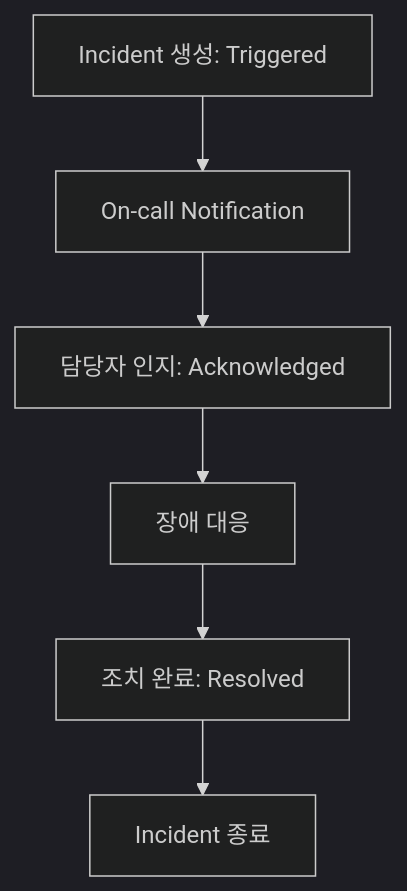
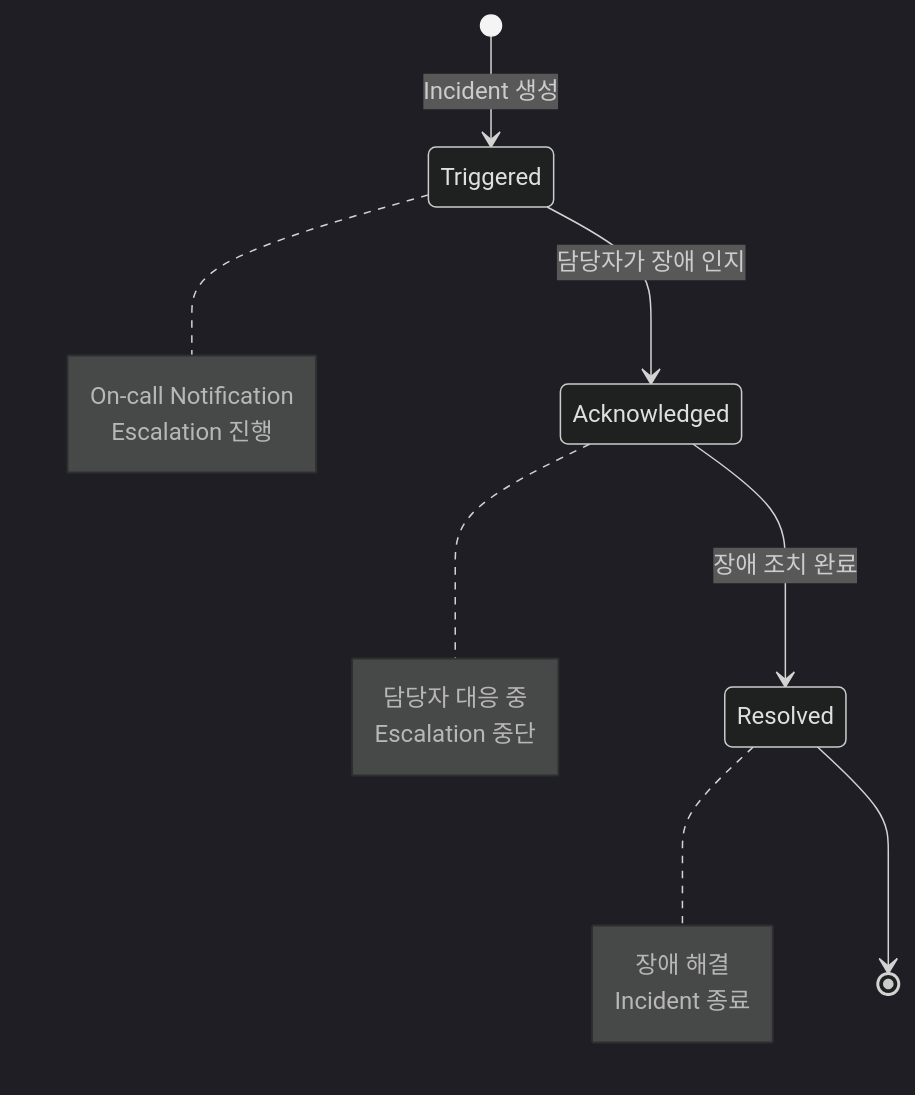
Before and after one commit to sanghoon-lee/sanghoon-lee.github.io: the third of 3 diagrams in _posts/2026-09-27-pagerduty7.md, drawn with Mermaid (dark theme). The commit also changed other lines of this file, not shown here.

````diff
--- a/_posts/2026-09-27-pagerduty7.md
+++ b/_posts/2026-09-27-pagerduty7.md
@@ -91,13 +90,24 @@
 ```mermaid
-flowchart TD
+stateDiagram-v2
+    [*] --> Triggered : Incident 생성
 
-    A["Incident 생성: Triggered"] --> B["On-call Notification"]
+    Triggered --> Acknowledged : 담당자가 장애 인지
+    Acknowledged --> Resolved : 장애 조치 완료
 
-    B --> C["담당자 인지: Acknowledged"]
+    note right of Triggered
+        On-call Notification
+        Escalation 진행
+    end note
 
-    C --> D["장애 대응"]
+    note right of Acknowledged
+        담당자 대응 중
+        Escalation 중단
+    end note
 
-    D --> E["조치 완료: Resolved"]
+    note right of Resolved
+        장애 해결
+        Incident 종료
+    end note
 
-    E --> F["Incident 종료"]
+    Resolved --> [*]
 ```
````
